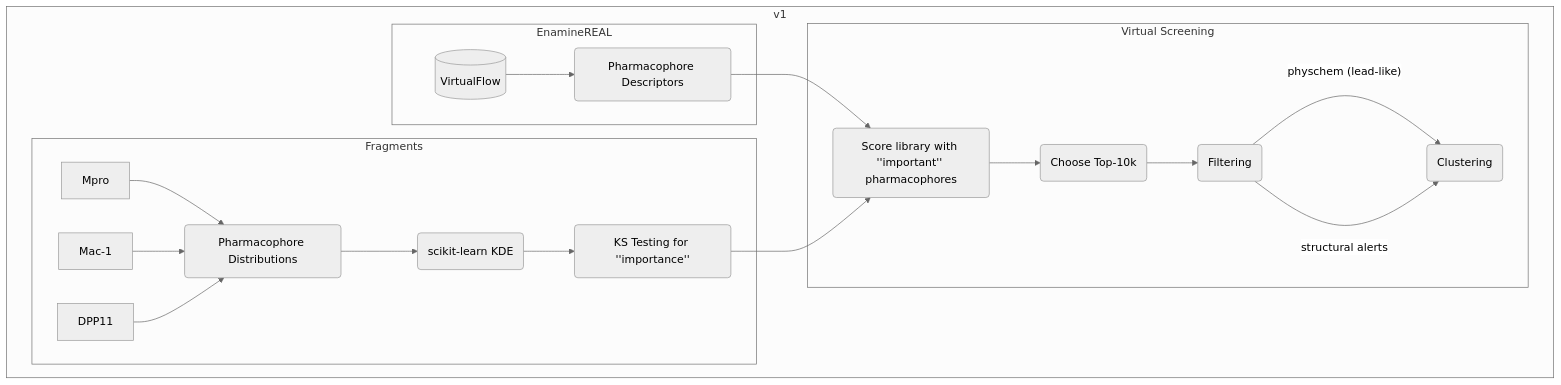
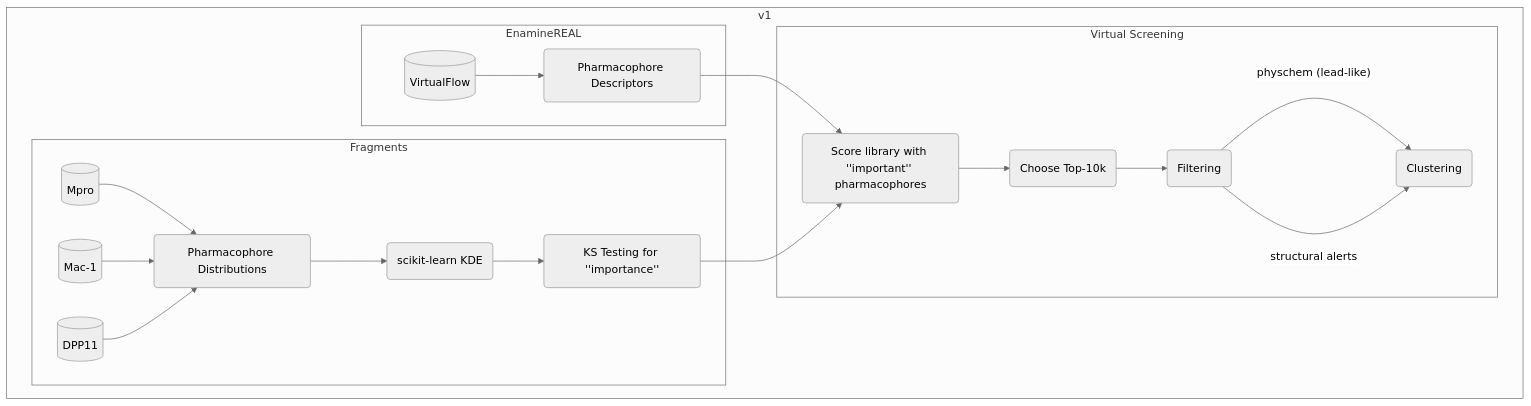
Before and after one commit to wjm41/fresco: the second of 2 diagrams in README.md, drawn with Mermaid (neutral theme). The commit also changed other lines of this file, not shown here.

Commit message:
updated dataset icons

````diff
--- a/README.md
+++ b/README.md
@@ -38,27 +38,27 @@
 ```mermaid
 flowchart LR
 subgraph v1
 direction LR
 subgraph EnamineREAL
 A[(VirtualFlow)] --> B(Pharmacophore Descriptors)
 end
 
 subgraph Fragments
-Mpro --> PharmD(Pharmacophore Distributions)
-Mac-1 --> PharmD
-DPP11 --> PharmD
+Mpro[(Mpro)] --> PharmD(Pharmacophore Distributions)
+Mac-1[(Mac-1)]--> PharmD
+DPP11[(DPP11)] --> PharmD
 PharmD --> KDExact(scikit-learn KDE)
 KDExact --> KDE(KS Testing for ''importance'')
 end
 
 subgraph Virtual Screening
 B --> Score(Score library with ''important'' pharmacophores)
 KDE --> Score
 Score --> Choose(Choose Top-10k)
 Choose --> G(Filtering)
 G -- "physchem (lead-like)" --> H(Clustering)
 G -- structural alerts --> H
 
 end
 end
 ```
````
